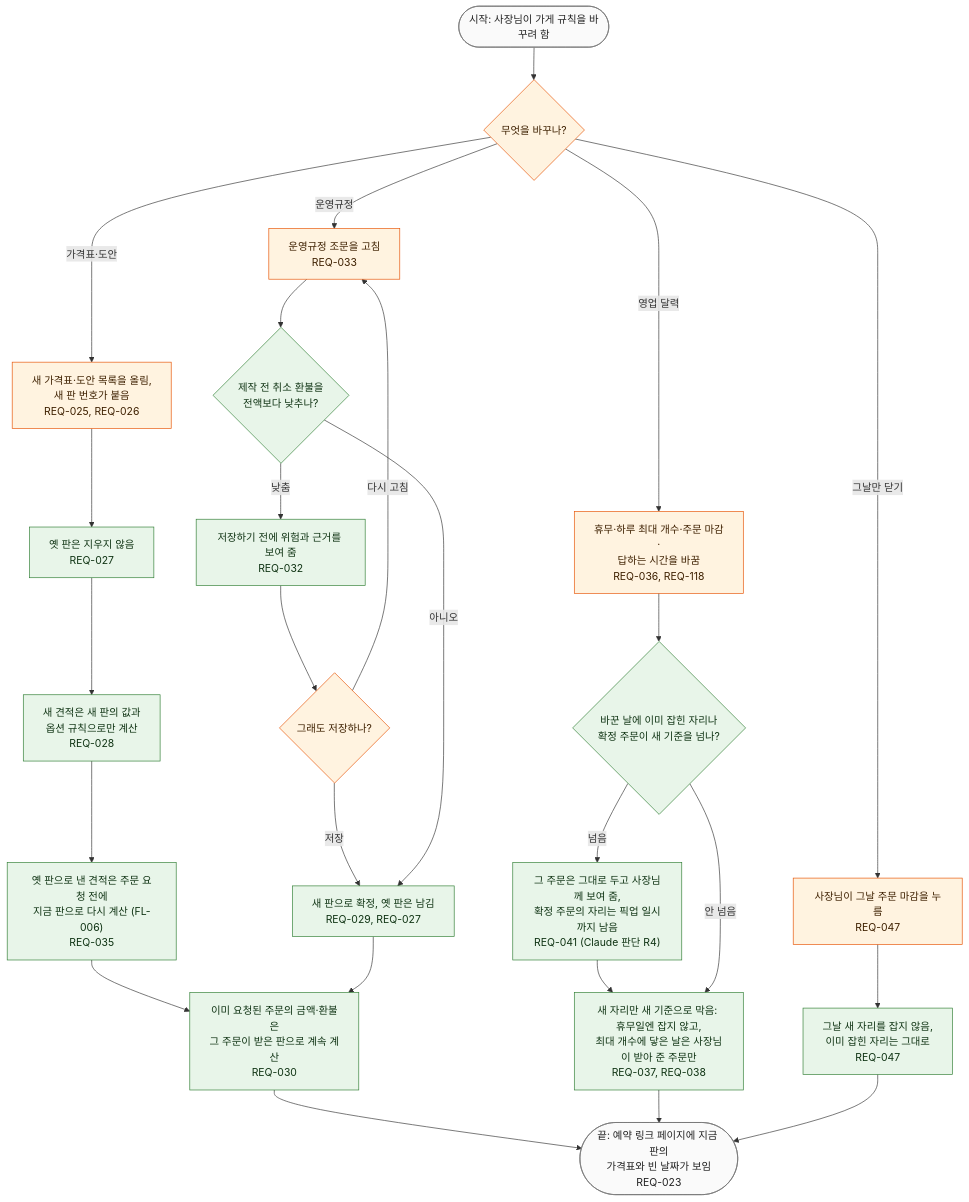
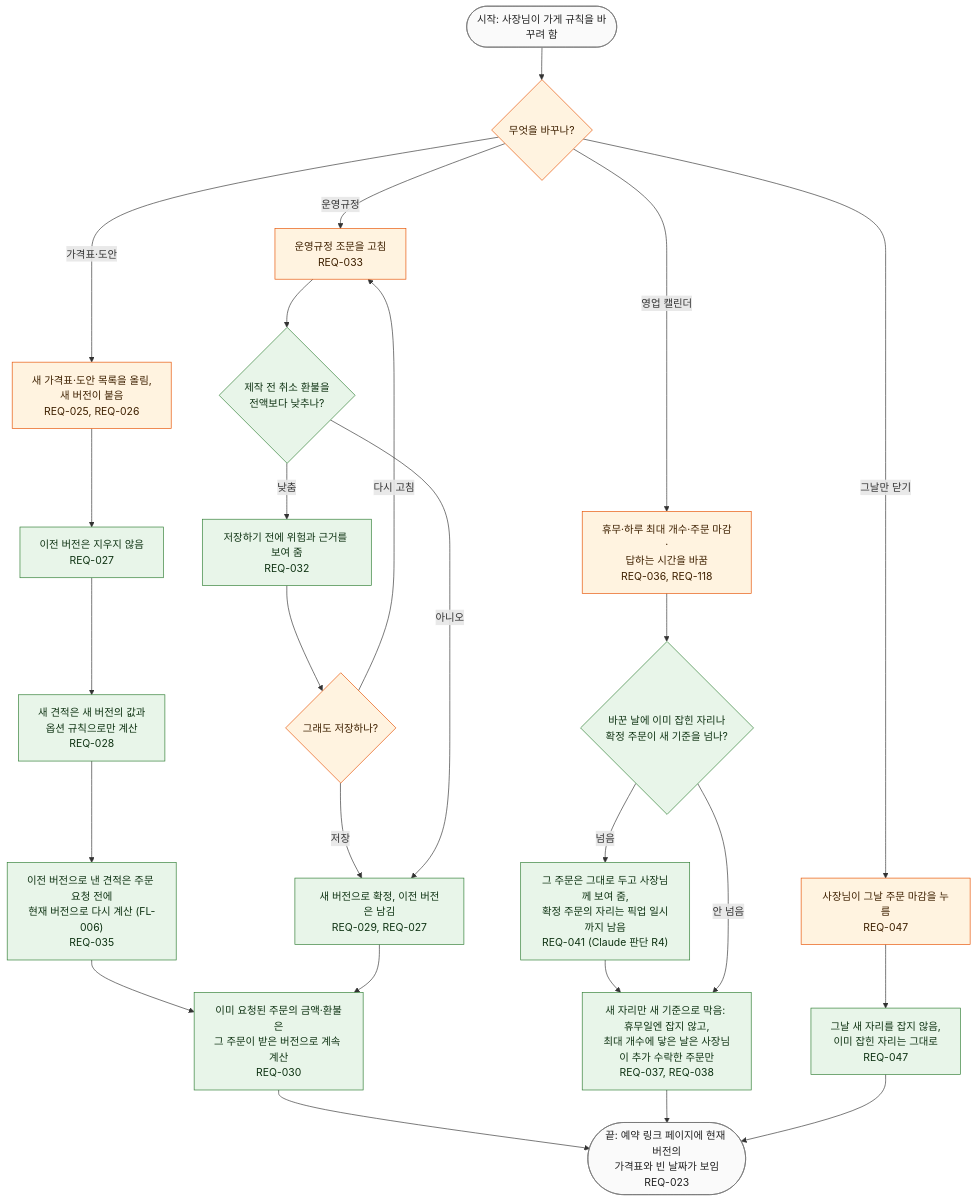
One commit to kodonghui/siljang.ai changed the diagram in docs/03-user-flow/FL-002-change-shop-rules.md. Above: the diagram before and after it, drawn with Mermaid. The commit also changed other lines of this file and 55 other files, not shown here.

````diff
--- a/docs/03-user-flow/FL-002-change-shop-rules.md
+++ b/docs/03-user-flow/FL-002-change-shop-rules.md
@@ -18,43 +18,43 @@
 ```mermaid
 flowchart TD
   S(["시작: 사장님이 가게 규칙을 바꾸려 함"])
   D0{"무엇을 바꾸나?"}
-  P1["새 가격표·도안 목록을 올림,<br/>새 판 번호가 붙음<br/>REQ-025, REQ-026"]
-  P2["옛 판은 지우지 않음<br/>REQ-027"]
-  P3["새 견적은 새 판의 값과<br/>옵션 규칙으로만 계산<br/>REQ-028"]
-  P4["옛 판으로 낸 견적은 주문 요청 전에<br/>지금 판으로 다시 계산 (FL-006)<br/>REQ-035"]
+  P1["새 가격표·도안 목록을 올림,<br/>새 버전이 붙음<br/>REQ-025, REQ-026"]
+  P2["이전 버전은 지우지 않음<br/>REQ-027"]
+  P3["새 견적은 새 버전의 값과<br/>옵션 규칙으로만 계산<br/>REQ-028"]
+  P4["이전 버전으로 낸 견적은 주문 요청 전에<br/>현재 버전으로 다시 계산 (FL-006)<br/>REQ-035"]
   U1["운영규정 조문을 고침<br/>REQ-033"]
   D1{"제작 전 취소 환불을<br/>전액보다 낮추나?"}
   U2["저장하기 전에 위험과 근거를 보여 줌<br/>REQ-032"]
   D2{"그래도 저장하나?"}
-  U3["새 판으로 확정, 옛 판은 남김<br/>REQ-029, REQ-027"]
-  K1["이미 요청된 주문의 금액·환불은<br/>그 주문이 받은 판으로 계속 계산<br/>REQ-030"]
+  U3["새 버전으로 확정, 이전 버전은 남김<br/>REQ-029, REQ-027"]
+  K1["이미 요청된 주문의 금액·환불은<br/>그 주문이 받은 버전으로 계속 계산<br/>REQ-030"]
   C1["휴무·하루 최대 개수·주문 마감·<br/>답하는 시간을 바꿈<br/>REQ-036, REQ-118"]
   D3{"바꾼 날에 이미 잡힌 자리나<br/>확정 주문이 새 기준을 넘나?"}
   C2["그 주문은 그대로 두고 사장님께 보여 줌,<br/>확정 주문의 자리는 픽업 일시까지 남음<br/>REQ-041 (Claude 판단 R4)"]
-  C3["새 자리만 새 기준으로 막음: 휴무일엔 잡지 않고,<br/>최대 개수에 닿은 날은 사장님이 받아 준 주문만<br/>REQ-037, REQ-038"]
+  C3["새 자리만 새 기준으로 막음: 휴무일엔 잡지 않고,<br/>최대 개수에 닿은 날은 사장님이 추가 수락한 주문만<br/>REQ-037, REQ-038"]
   M1["사장님이 그날 주문 마감을 누름<br/>REQ-047"]
   M2["그날 새 자리를 잡지 않음,<br/>이미 잡힌 자리는 그대로<br/>REQ-047"]
-  E1(["끝: 예약 링크 페이지에 지금 판의<br/>가격표와 빈 날짜가 보임<br/>REQ-023"])
+  E1(["끝: 예약 링크 페이지에 현재 버전의<br/>가격표와 빈 날짜가 보임<br/>REQ-023"])
 
   S --> D0
   D0 -->|"가격표·도안"| P1 --> P2 --> P3 --> P4 --> K1
   D0 -->|"운영규정"| U1 --> D1
   D1 -->|"낮춤"| U2 --> D2
   D2 -->|"저장"| U3
   D2 -->|"다시 고침"| U1
   D1 -->|"아니오"| U3
   U3 --> K1 --> E1
-  D0 -->|"영업 달력"| C1 --> D3
+  D0 -->|"영업 캘린더"| C1 --> D3
   D3 -->|"넘음"| C2 --> C3
   D3 -->|"안 넘음"| C3
   C3 --> E1
   D0 -->|"그날만 닫기"| M1 --> M2 --> E1
 
   classDef owner fill:#fff3e0,stroke:#e65100,color:#3e2000
   classDef svc fill:#e8f5e9,stroke:#2e7d32,color:#0f3313
   classDef term fill:#fafafa,stroke:#757575,color:#212121
   class D0,P1,U1,D2,C1,M1 owner
   class P2,P3,P4,D1,U2,U3,K1,D3,C2,C3,M2 svc
   class S,E1 term
 ```
````
